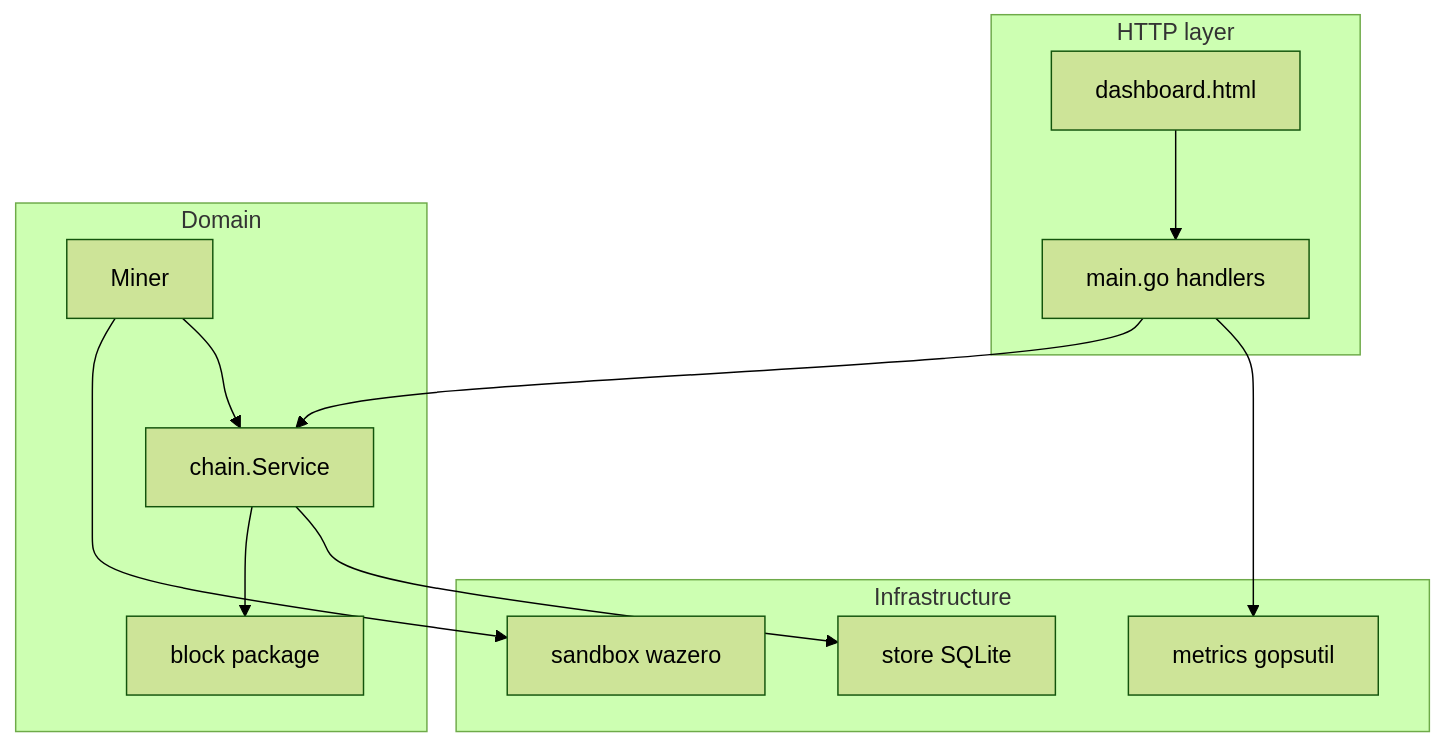
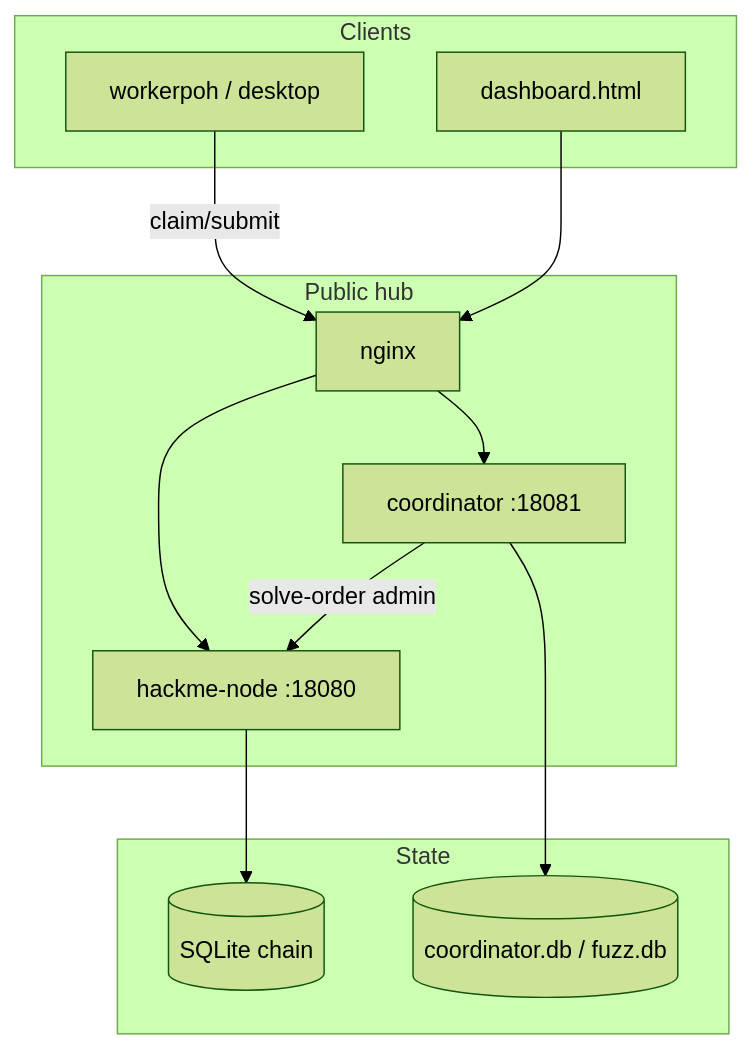
One commit to jokeez/hackme changed the diagram in docs/ARCHITECTURE.md. Above: the diagram before and after it, drawn with Mermaid (forest theme). The commit also changed other lines of this file and 19 other files, not shown here.

First line of the commit message:
Align docs and UI with live pool architecture under freeze.

````diff
--- a/docs/ARCHITECTURE.md
+++ b/docs/ARCHITECTURE.md
@@ -15,24 +31,23 @@
 ```mermaid
 flowchart TB
-  subgraph http [HTTP layer]
+  subgraph clients [Clients]
+    WP[workerpoh / desktop]
     UI[dashboard.html]
-    API[main.go handlers]
   end
-  subgraph domain [Domain]
-    CH[chain.Service]
-    BL[block package]
-    MN[Miner]
+  subgraph hub [Public hub]
+    NGX[nginx]
+    ND[hackme-node :18080]
+    CO[coordinator :18081]
   end
-  subgraph infra [Infrastructure]
-    ST[store SQLite]
-    SB[sandbox wazero]
-    MET[metrics gopsutil]
+  subgraph data [State]
+    DB[(SQLite chain)]
+    CDB[(coordinator.db / fuzz.db)]
   end
-  UI --> API
-  API --> CH
-  API --> MET
-  CH --> BL
-  CH --> ST
-  MN --> SB
-  MN --> CH
+  WP -->|claim/submit| NGX
+  NGX --> CO
+  UI --> NGX
+  NGX --> ND
+  CO -->|solve-order admin| ND
+  ND --> DB
+  CO --> CDB
 ```
````
